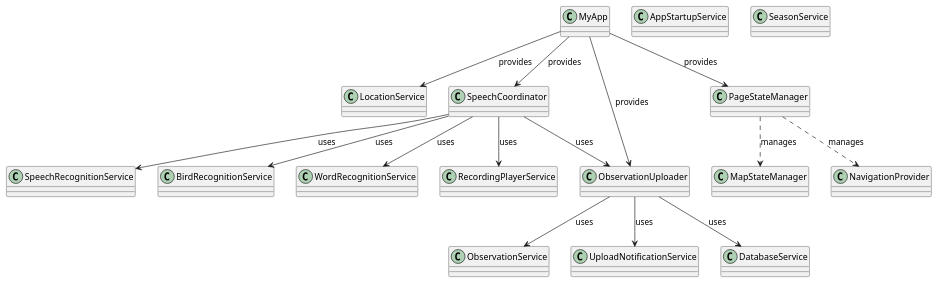
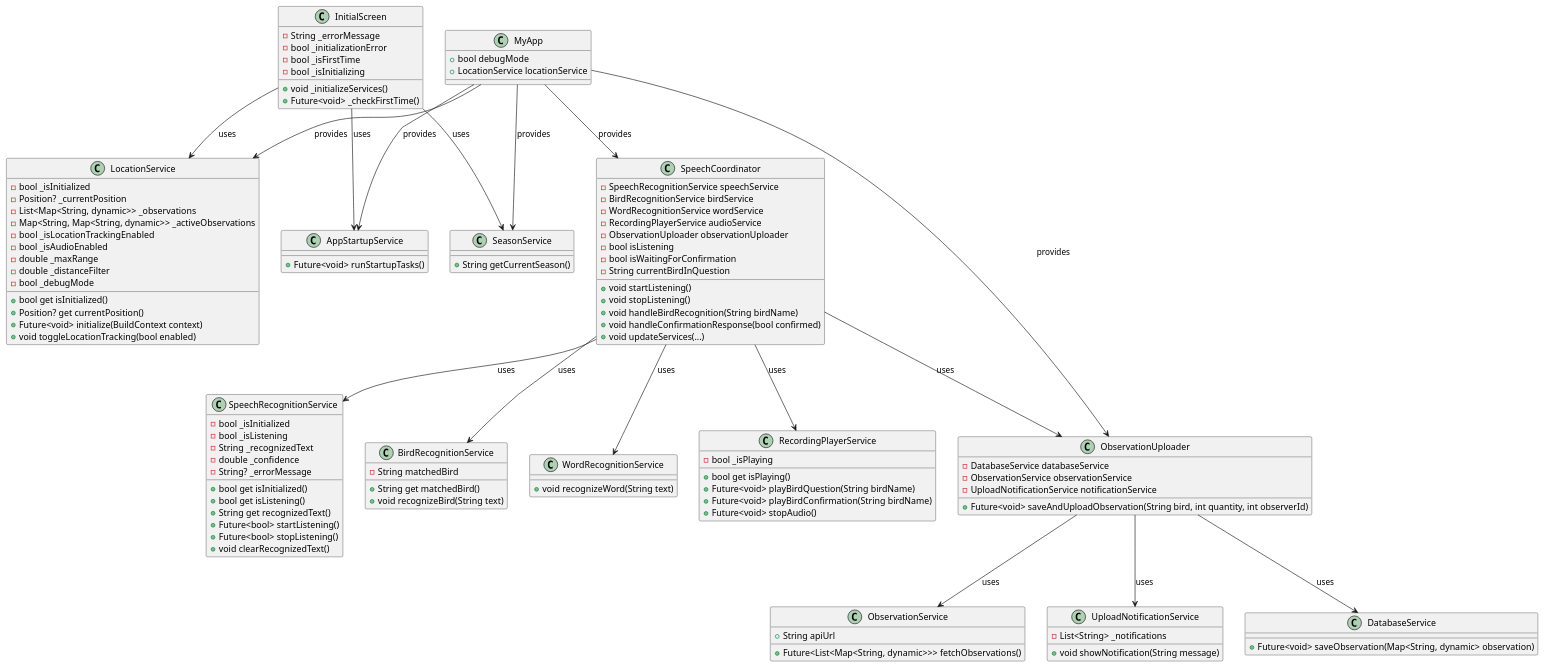
Before and after one commit to Jakob-worm/UrbanEchoes: the diagram in diagrams/UML_core_architecture.puml, drawn with PlantUML. The commit also changed 8 other files, not shown here.

Commit message:
more diagrams

```diff
--- a/diagrams/UML_core_architecture.puml
+++ b/diagrams/UML_core_architecture.puml
@@ -1,37 +1,131 @@
 @startuml
 
-class LocationService
-class SpeechRecognitionService
-class BirdRecognitionService
-class WordRecognitionService
-class RecordingPlayerService
-class SpeechCoordinator
-class ObservationService
-class ObservationUploader
-class UploadNotificationService
-class PageStateManager
-class MapStateManager
-class NavigationProvider
-class AppStartupService
-class SeasonService
-class DatabaseService
+class MyApp {
+  + bool debugMode
+  + LocationService locationService
+}
+
+class InitialScreen {
+  - String _errorMessage
+  - bool _initializationError
+  - bool _isFirstTime
+  - bool _isInitializing
+  + void _initializeServices()
+  + Future<void> _checkFirstTime()
+}
+
+class LocationService {
+  - bool _isInitialized
+  - Position? _currentPosition
+  - List<Map<String, dynamic>> _observations
+  - Map<String, Map<String, dynamic>> _activeObservations
+  - bool _isLocationTrackingEnabled
+  - bool _isAudioEnabled
+  - double _maxRange
+  - double _distanceFilter
+  - bool _debugMode
+  + bool get isInitialized()
+  + Position? get currentPosition()
+  + Future<void> initialize(BuildContext context)
+  + void toggleLocationTracking(bool enabled)
+}
+
+class SpeechRecognitionService {
+  - bool _isInitialized
+  - bool _isListening
+  - String _recognizedText
+  - double _confidence
+  - String? _errorMessage
+  + bool get isInitialized()
+  + bool get isListening()
+  + String get recognizedText()
+  + Future<bool> startListening()
+  + Future<bool> stopListening()
+  + void clearRecognizedText()
+}
+
+class BirdRecognitionService {
+  - String matchedBird
+  + String get matchedBird()
+  + void recognizeBird(String text)
+}
+
+class WordRecognitionService {
+  + void recognizeWord(String text)
+}
+
+class RecordingPlayerService {
+  - bool _isPlaying
+  + bool get isPlaying()
+  + Future<void> playBirdQuestion(String birdName)
+  + Future<void> playBirdConfirmation(String birdName)
+  + Future<void> stopAudio()
+}
+
+class SpeechCoordinator {
+  - SpeechRecognitionService speechService
+  - BirdRecognitionService birdService
+  - WordRecognitionService wordService
+  - RecordingPlayerService audioService
+  - ObservationUploader observationUploader
+  - bool isListening
+  - bool isWaitingForConfirmation
+  - String currentBirdInQuestion
+  + void startListening()
+  + void stopListening()
+  + void handleBirdRecognition(String birdName)
+  + void handleConfirmationResponse(bool confirmed)
+  + void updateServices(...)
+}
+
+class ObservationService {
+  + String apiUrl
+  + Future<List<Map<String, dynamic>>> fetchObservations()
+}
+
+class ObservationUploader {
+  - DatabaseService databaseService
+  - ObservationService observationService
+  - UploadNotificationService notificationService
+  + Future<void> saveAndUploadObservation(String bird, int quantity, int observerId)
+}
+
+class UploadNotificationService {
+  - List<String> _notifications
+  + void showNotification(String message)
+}
+
+class AppStartupService {
+  + Future<void> runStartupTasks()
+}
+
+class SeasonService {
+  + String getCurrentSeason()
+}
+
+class DatabaseService {
+  + Future<void> saveObservation(Map<String, dynamic> observation)
+}
+
+' Relationships
+MyApp --> LocationService : provides
+MyApp --> SpeechCoordinator : provides
+MyApp --> ObservationUploader : provides
+MyApp --> AppStartupService : provides
+MyApp --> SeasonService : provides
+
+InitialScreen --> AppStartupService : uses
+InitialScreen --> SeasonService : uses
+InitialScreen --> LocationService : uses
 
 SpeechCoordinator --> SpeechRecognitionService : uses
 SpeechCoordinator --> BirdRecognitionService : uses
 SpeechCoordinator --> WordRecognitionService : uses
 SpeechCoordinator --> RecordingPlayerService : uses
 SpeechCoordinator --> ObservationUploader : uses
 
 ObservationUploader --> DatabaseService : uses
 ObservationUploader --> ObservationService : uses
 ObservationUploader --> UploadNotificationService : uses
 
-PageStateManager ..> MapStateManager : manages
-PageStateManager ..> NavigationProvider : manages
-
-MyApp --> LocationService : provides
-MyApp --> SpeechCoordinator : provides
-MyApp --> ObservationUploader : provides
-MyApp --> PageStateManager : provides
-
 @enduml
```
